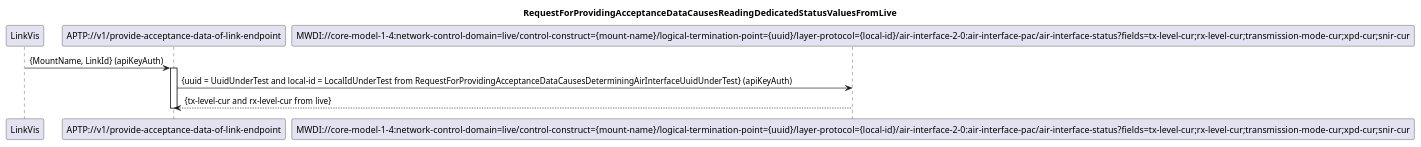
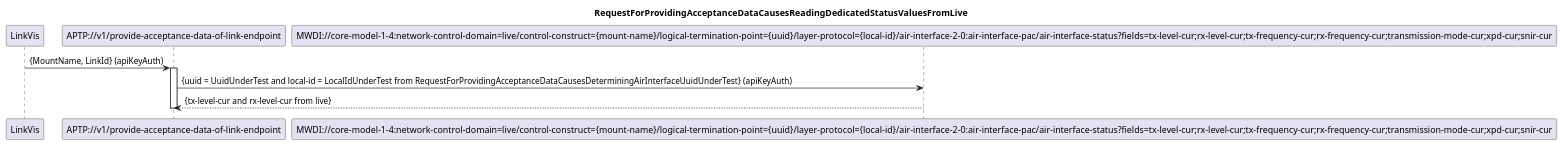
The diagram in spec/diagrams/ProvideAcceptanceDataOfLinkEndpoint/104_ReadingDedicatedStatusFromLive.plantuml (openBackhaul/AccessPlanningToolProxy), drawn with PlantUML before and after one commit. The commit also changed 76 other files, not shown here.

Commit message:
Add forwarding ids in diagram names

```diff
--- a/spec/diagrams/ProvideAcceptanceDataOfLinkEndpoint/104_ReadingDedicatedStatusFromLive.plantuml
+++ b/spec/diagrams/ProvideAcceptanceDataOfLinkEndpoint/104_ReadingDedicatedStatusFromLive.plantuml
@@ -1,20 +1,20 @@
 @startuml 104_ReadingDedicatedStatusFromLive
 skinparam responseMessageBelowArrow true
 
 title
 RequestForProvidingAcceptanceDataCausesReadingDedicatedStatusValuesFromLive
 end title
 
 participant "LinkVis" as LinkVis
 participant "APTP://v1/provide-acceptance-data-of-link-endpoint" as APTP
-participant "MWDI://core-model-1-4:network-control-domain=live/control-construct={mount-name}/logical-termination-point={uuid}/layer-protocol={local-id}/air-interface-2-0:air-interface-pac/air-interface-status?fields=tx-level-cur;rx-level-cur;transmission-mode-cur;xpd-cur;snir-cur" as MwdiStatus
+participant "MWDI://core-model-1-4:network-control-domain=live/control-construct={mount-name}/logical-termination-point={uuid}/layer-protocol={local-id}/air-interface-2-0:air-interface-pac/air-interface-status?fields=tx-level-cur;rx-level-cur;tx-frequency-cur;rx-frequency-cur;transmission-mode-cur;xpd-cur;snir-cur" as MwdiStatus
 
 LinkVis -> APTP: {MountName, LinkId} (apiKeyAuth)
 activate APTP
 
 APTP -> MwdiStatus: {uuid = UuidUnderTest and local-id = LocalIdUnderTest from RequestForProvidingAcceptanceDataCausesDeterminingAirInterfaceUuidUnderTest} (apiKeyAuth)
 MwdiStatus --> APTP: {tx-level-cur and rx-level-cur from live}
 
 deactivate APTP
 
 @enduml
```
